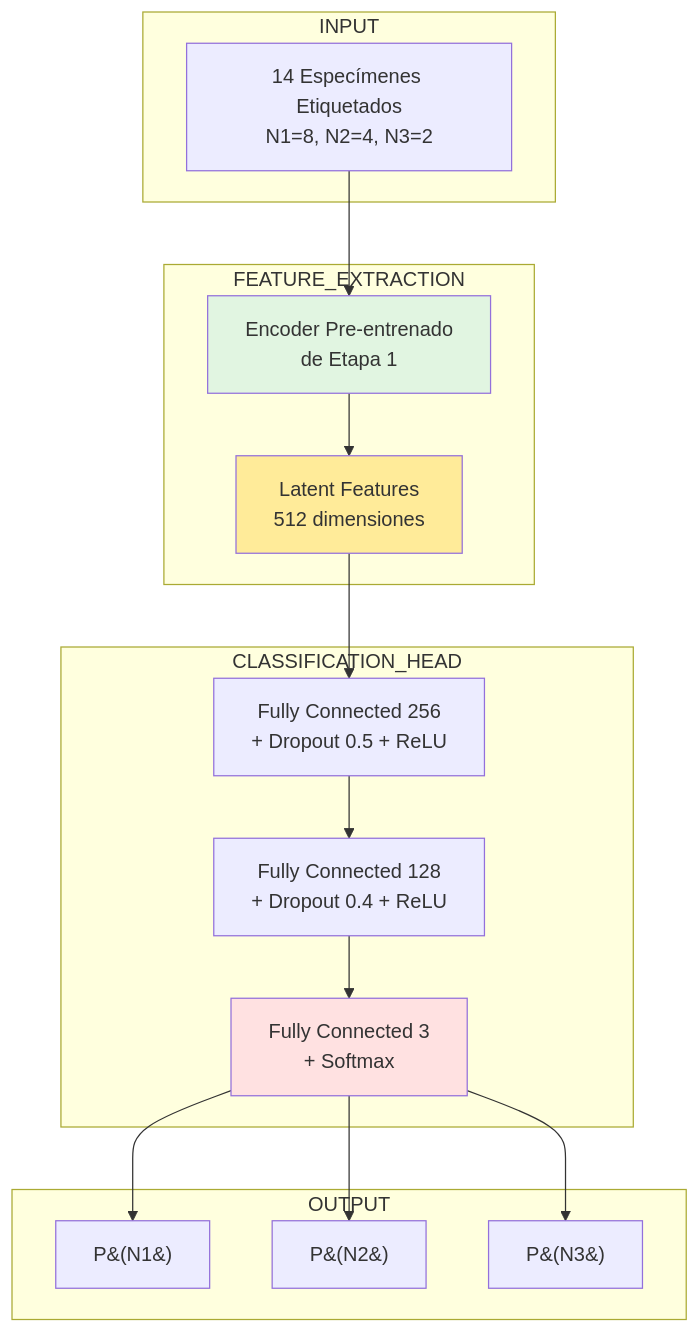
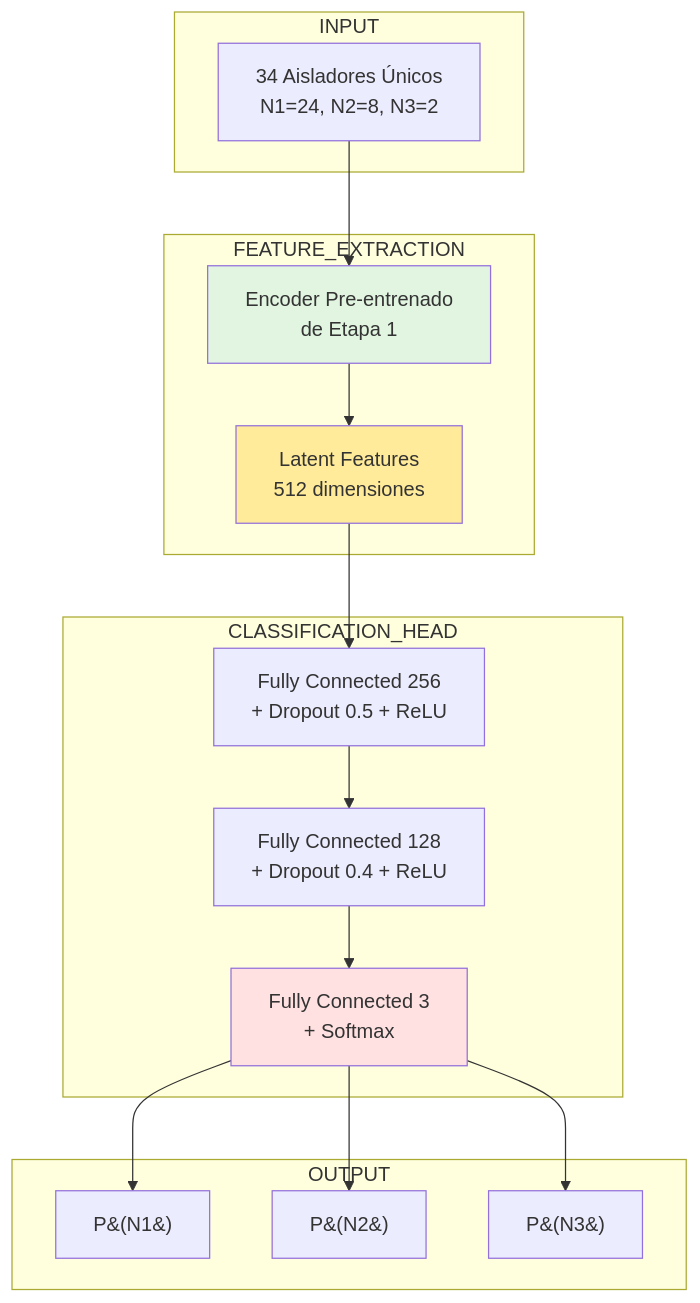
The third of 6 diagrams in PROPUESTA_CNN_ARQUITECTURA.md (giansmart/deepsolation), drawn with Mermaid before and after one commit. The commit also changed other lines of this file, not shown here.

````diff
--- a/PROPUESTA_CNN_ARQUITECTURA.md
+++ b/PROPUESTA_CNN_ARQUITECTURA.md
@@ -403,27 +421,27 @@
 ```mermaid
 graph TB
     subgraph INPUT
-    A[14 Especímenes Etiquetados<br/>N1=8, N2=4, N3=2]
+    A[34 Aisladores Únicos<br/>N1=24, N2=8, N3=2]
     end
 
     subgraph FEATURE_EXTRACTION
     A --> B[Encoder Pre-entrenado<br/>de Etapa 1]
     B --> C[Latent Features<br/>512 dimensiones]
     end
 
     subgraph CLASSIFICATION_HEAD
     C --> D[Fully Connected 256<br/>+ Dropout 0.5 + ReLU]
     D --> E[Fully Connected 128<br/>+ Dropout 0.4 + ReLU]
     E --> F[Fully Connected 3<br/>+ Softmax]
     end
 
     subgraph OUTPUT
     F --> G[P&#40;N1&#41;]
     F --> H[P&#40;N2&#41;]
     F --> I[P&#40;N3&#41;]
     end
 
     style B fill:#e1f5e1
     style C fill:#ffeb99
     style F fill:#ffe1e1
 ```
````
